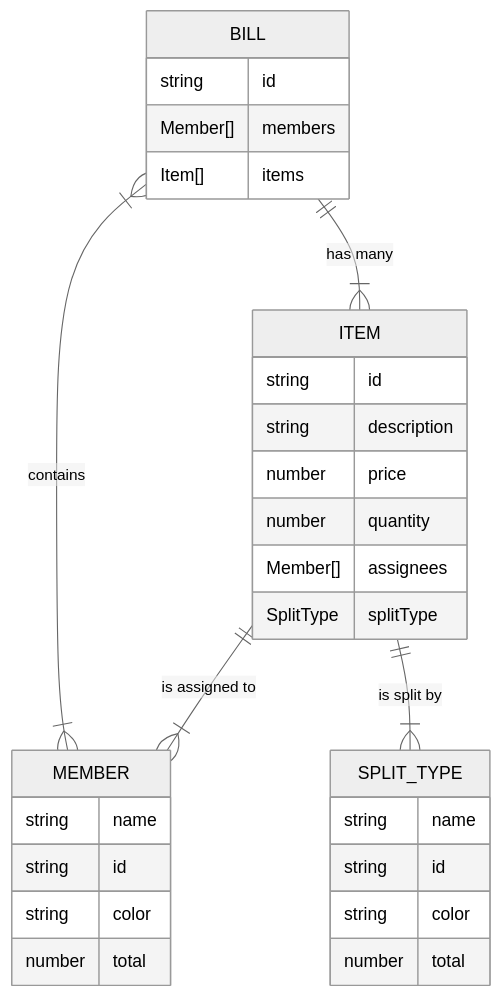
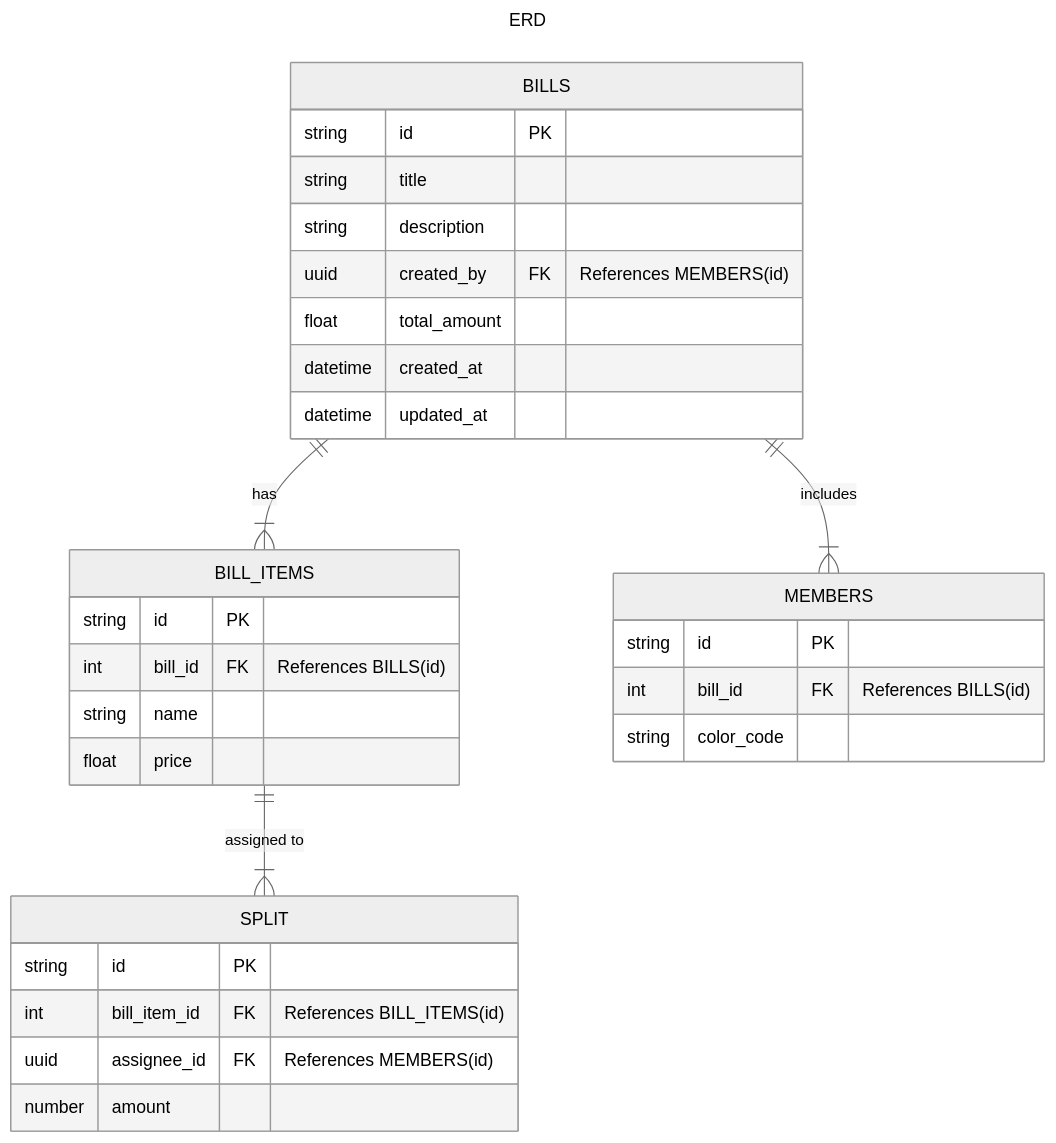
The second of 2 diagrams in README.md (adhl-0216/sblitz-billing-service), drawn with Mermaid (neutral theme) before and after one commit. The commit also changed other lines of this file, not shown here.

Commit message:
design docs

````diff
--- a/README.md
+++ b/README.md
@@ -14,33 +53,39 @@
 ```mermaid
+---
+title: ERD
+---
 erDiagram
-    BILL ||--|{ ITEM : "has many"
-    BILL }|--|{ MEMBER : contains
-    BILL {
-        string id
-        Member[] members
-        Item[] items
-    }
-    ITEM ||--|{ MEMBER : "is assigned to"
-    ITEM {
-        string id
+    BILLS {
+        string id PK
+        string title
         string description
-        number price
-        number quantity
-        Member[] assignees
-        SplitType splitType
-    }
-    MEMBER {
-        string name
-        string id
-        string color
-        number total
-    }
-    ITEM ||--|{ SPLIT_TYPE : "is split by"
-    SPLIT_TYPE {
-        string name
-        string id
-        string color
-        number total
+        uuid created_by FK "References MEMBERS(id)"
+        float total_amount
+        datetime created_at
+        datetime updated_at
     }
 
+    BILL_ITEMS {
+        string id PK
+        int bill_id FK "References BILLS(id)"
+        string name
+        float price
+    }
+
+    MEMBERS {
+        string id PK
+        int bill_id FK "References BILLS(id)"
+        string color_code
+    }
+
+    SPLIT {
+        string id PK
+        int bill_item_id FK "References BILL_ITEMS(id)"
+        uuid assignee_id FK "References MEMBERS(id)"
+        number amount
+    }
+
+    BILLS ||--|{ BILL_ITEMS : "has"
+    BILLS ||--|{ MEMBERS : "includes"
+    BILL_ITEMS ||--|{ SPLIT : "assigned to"
 ```
````
